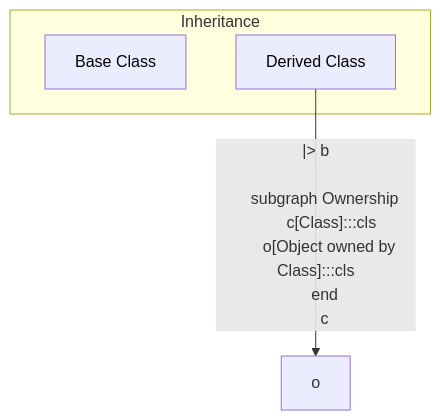
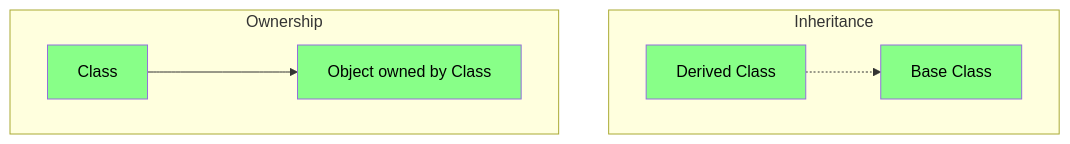
One commit to JeffersonLab/iguana changed the first of 2 diagrams in doc/design.md. Above: the diagram before and after it, drawn with Mermaid. The commit also changed other lines of this file, not shown here.

````diff
--- a/doc/design.md
+++ b/doc/design.md
@@ -7,16 +7,16 @@
 ```mermaid
 flowchart TB
-    classDef cls fill:88ff88,color:black
+    classDef cls fill:#88ff88,color:black
 
     subgraph Inheritance 
         b[Base Class]:::cls
         d[Derived Class]:::cls
     end
-    d --|> b
+    d -.-> b
 
     subgraph Ownership
        c[Class]:::cls
        o[Object owned by Class]:::cls
     end
-    c --> o
+    c ---> o
 ```
````
